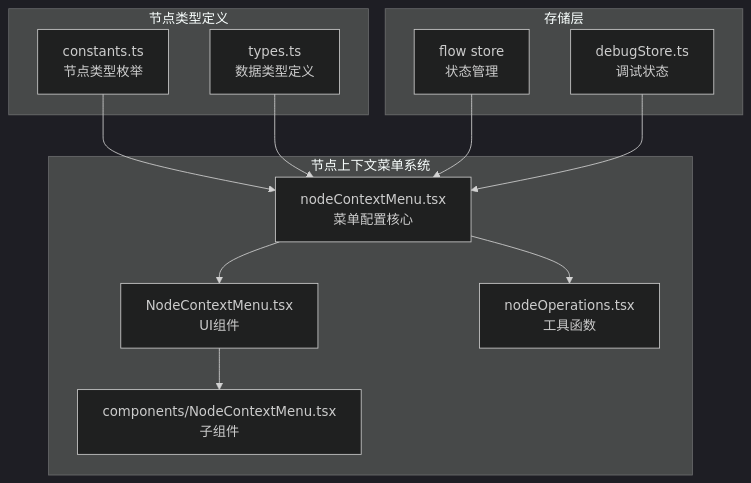
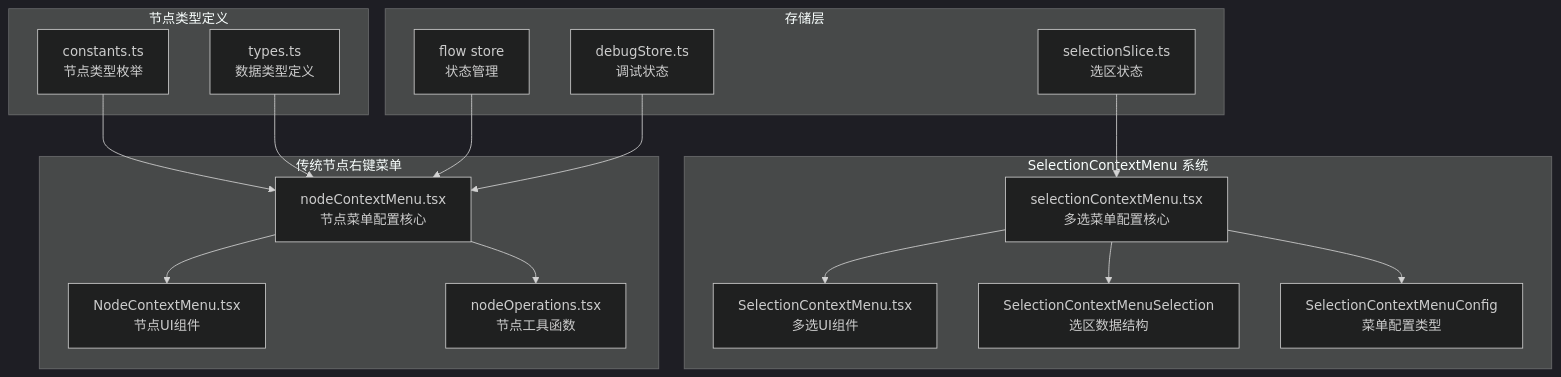
Before and after one commit to kqcoxn/MaaPipelineEditor: the first of 10 diagrams in .qoder/repowiki/zh/content/Node Context Menu.md, drawn with Mermaid (dark theme). The commit also changed other lines of this file and 22 other files, not shown here.

````diff
--- a/.qoder/repowiki/zh/content/Node Context Menu.md
+++ b/.qoder/repowiki/zh/content/Node Context Menu.md
@@ -40,24 +52,33 @@
 ```mermaid
 graph TB
-subgraph "节点上下文菜单系统"
-A[nodeContextMenu.tsx<br/>菜单配置核心]
-B[NodeContextMenu.tsx<br/>UI组件]
-C[nodeOperations.tsx<br/>工具函数]
-D[components/NodeContextMenu.tsx<br/>子组件]
+subgraph "SelectionContextMenu 系统"
+A[selectionContextMenu.tsx<br/>多选菜单配置核心]
+B[SelectionContextMenu.tsx<br/>多选UI组件]
+C[SelectionContextMenuSelection<br/>选区数据结构]
+D[SelectionContextMenuConfig<br/>菜单配置类型]
+end
+subgraph "传统节点右键菜单"
+E[nodeContextMenu.tsx<br/>节点菜单配置核心]
+F[NodeContextMenu.tsx<br/>节点UI组件]
+G[nodeOperations.tsx<br/>节点工具函数]
 end
 subgraph "节点类型定义"
-E[constants.ts<br/>节点类型枚举]
-F[types.ts<br/>数据类型定义]
+H[constants.ts<br/>节点类型枚举]
+I[types.ts<br/>数据类型定义]
 end
 subgraph "存储层"
-G[flow store<br/>状态管理]
-H[debugStore.ts<br/>调试状态]
+J[flow store<br/>状态管理]
+K[debugStore.ts<br/>调试状态]
+L[selectionSlice.ts<br/>选区状态]
 end
 A --> B
 A --> C
-B --> D
-E --> A
-F --> A
-G --> A
-H --> A
+A --> D
+E --> F
+E --> G
+H --> E
+I --> E
+J --> E
+K --> E
+L --> A
 ```
````
